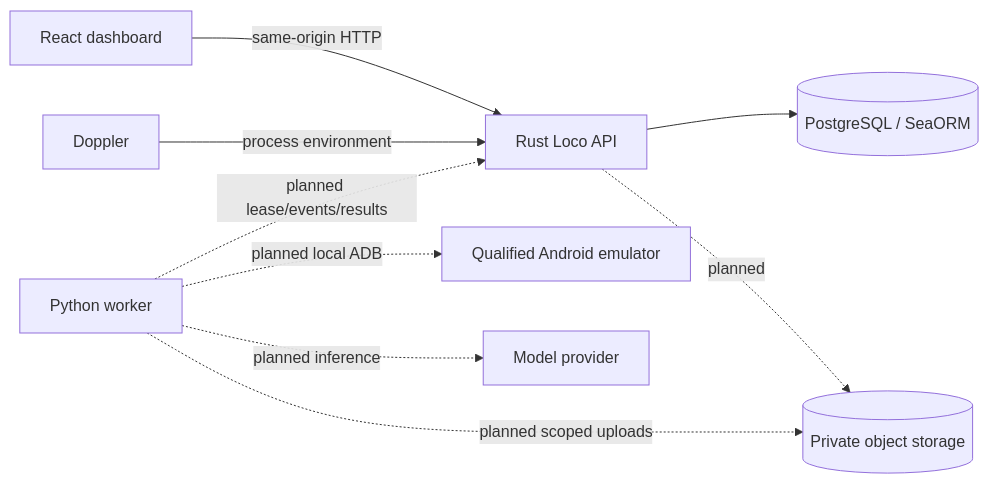
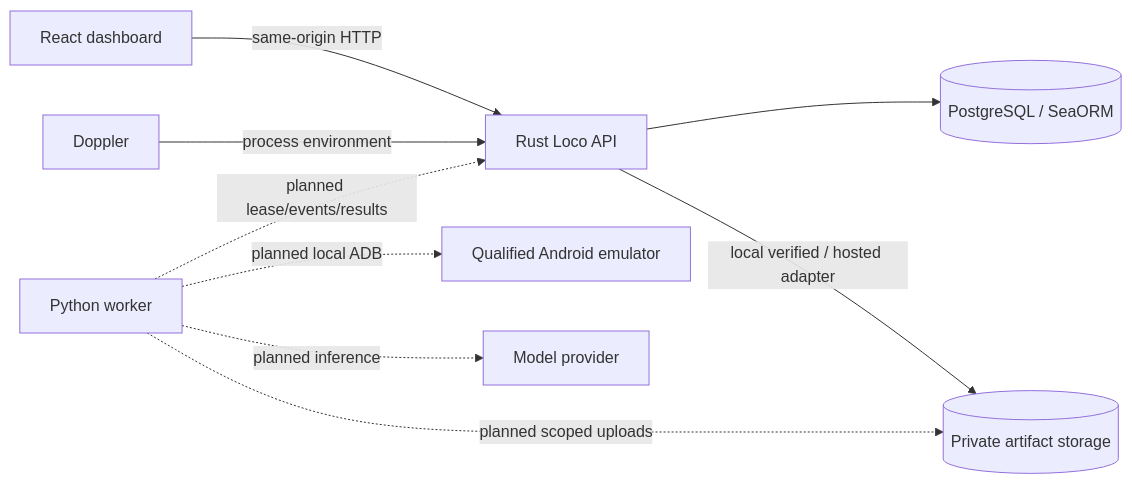
Before and after one commit to ducnguyen67201/mobile-qa: the diagram in docs/architect/system.md, drawn with Mermaid. The commit also changed other lines of this file and 109 other files, not shown here.

````diff
--- a/docs/architect/system.md
+++ b/docs/architect/system.md
@@ -29,11 +29,11 @@
 ```mermaid
 flowchart LR
     UI[React dashboard] -->|same-origin HTTP| API[Rust Loco API]
     API --> DB[(PostgreSQL / SeaORM)]
     D[Doppler] -->|process environment| API
-    API -. planned .-> O[(Private object storage)]
+    API -->|local verified / hosted adapter| O[(Private artifact storage)]
     W[Python worker] -. planned lease/events/results .-> API
     W -. planned local ADB .-> E[Qualified Android emulator]
     W -. planned scoped uploads .-> O
     W -. planned inference .-> M[Model provider]
 ```
````
